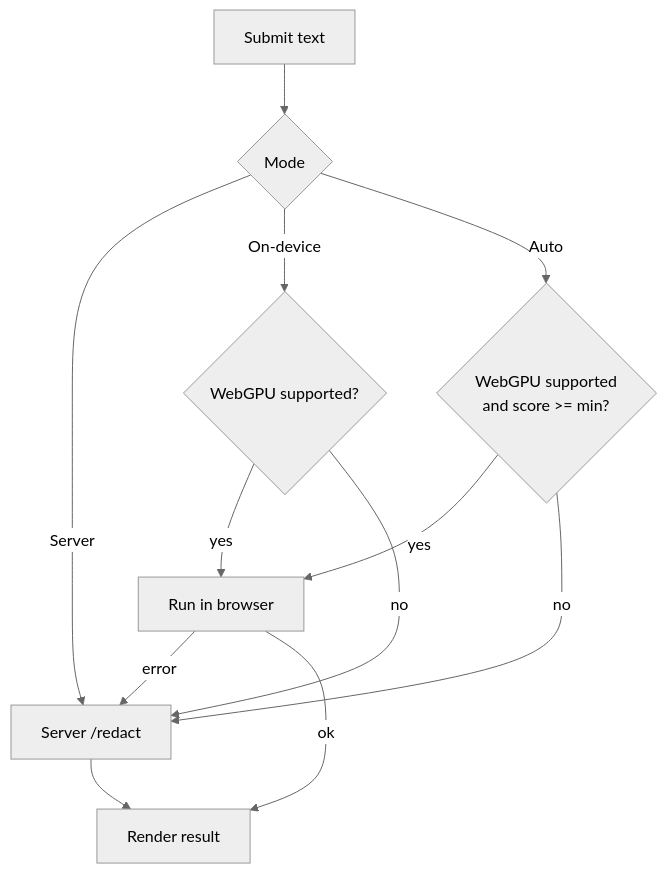
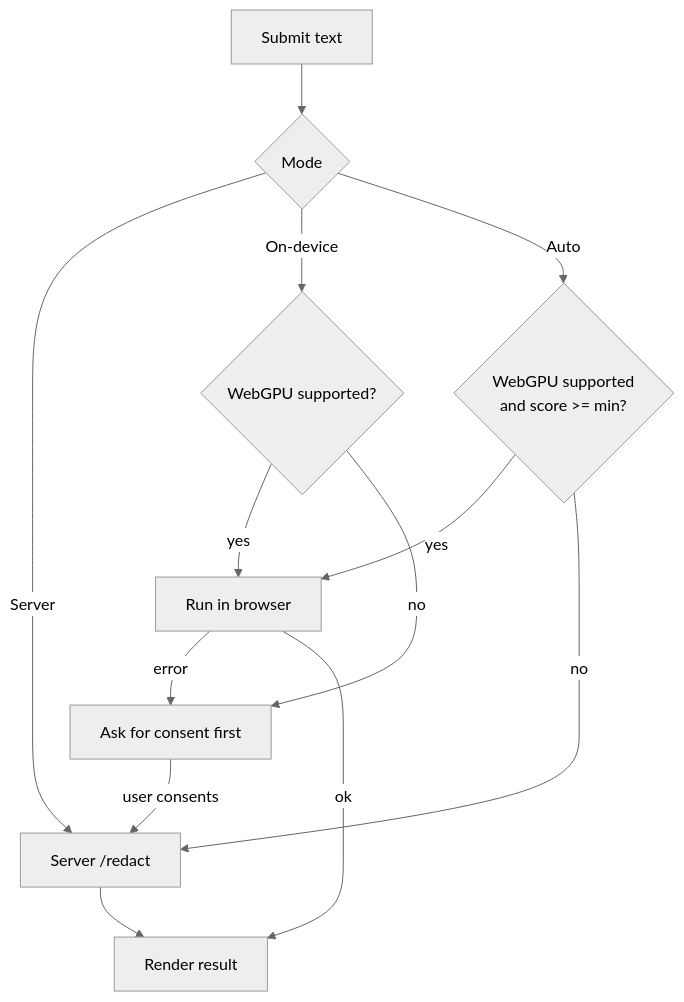
One commit to leokwsw/openai-privacy-filter changed the diagram in README.md. Above: the diagram before and after it, drawn with Mermaid (neutral theme). The commit also changed other lines of this file and 4 other files, not shown here.

````diff
--- a/README.md
+++ b/README.md
@@ -89,14 +94,15 @@
 ```mermaid
 flowchart TD
     A[Submit text] --> B{Mode}
     B -->|Server| S[Server /redact]
     B -->|On-device| C{WebGPU supported?}
     B -->|Auto| D{WebGPU supported<br/>and score >= min?}
     C -->|yes| E[Run in browser]
-    C -->|no| S
+    C -->|no| K[Ask for consent first]
     D -->|yes| E
     D -->|no| S
-    E -->|error| S
+    E -->|error| K
     E -->|ok| R[Render result]
+    K -->|user consents| S
     S --> R
 ```
````
